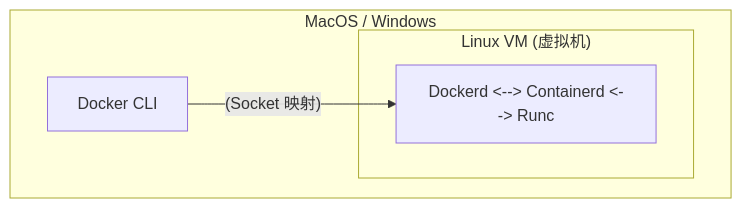
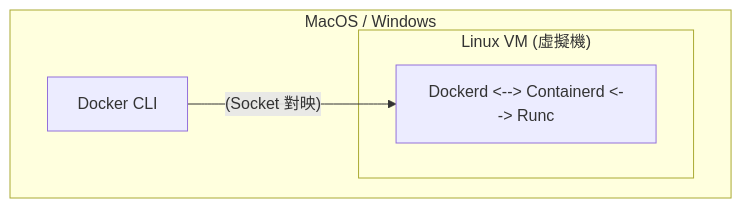
Before and after one commit to doggy8088/docker_practice: the third of 3 diagrams in 12_implementation/12.1_arch.md, drawn with Mermaid. The commit also changed other lines of this file and 210 other files, not shown here.

````diff
--- a/12_implementation/12.1_arch.md
+++ b/12_implementation/12.1_arch.md
@@ -126,10 +126,10 @@
 ```mermaid
 flowchart TD
     subgraph HostOS ["MacOS / Windows"]
         CLI["Docker CLI"]
-        subgraph LinuxVM ["Linux VM (虚拟机)"]
+        subgraph LinuxVM ["Linux VM (虛擬機)"]
             Engine["Dockerd <--> Containerd <--> Runc"]
         end
-        CLI -- "(Socket 映射)" --> Engine
+        CLI -- "(Socket 對映)" --> Engine
     end
 ```
````
